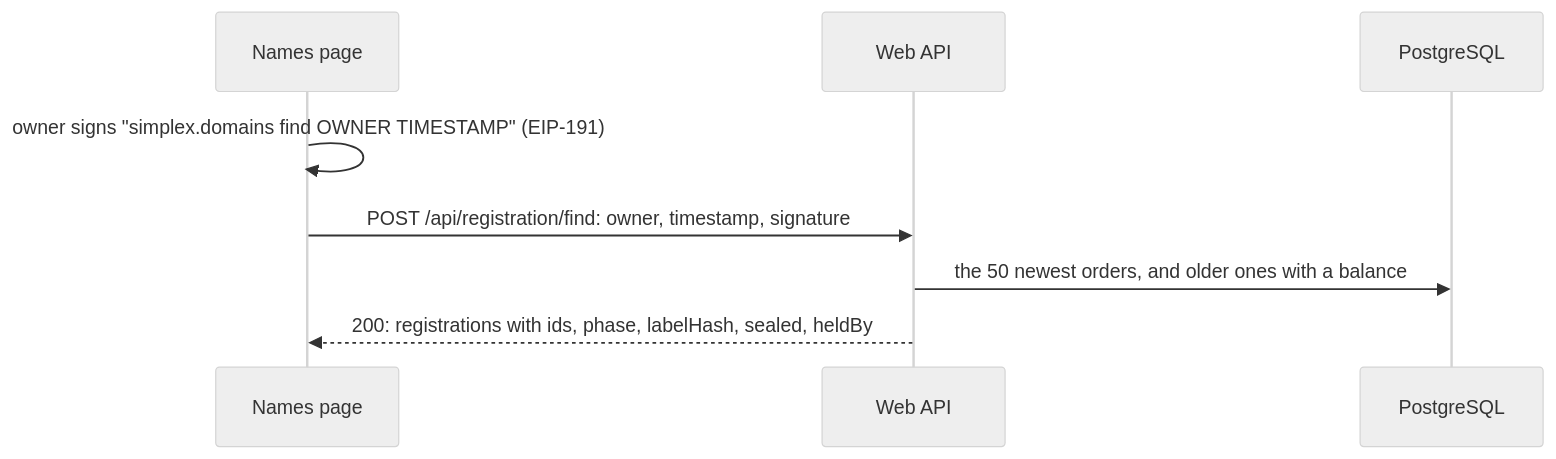
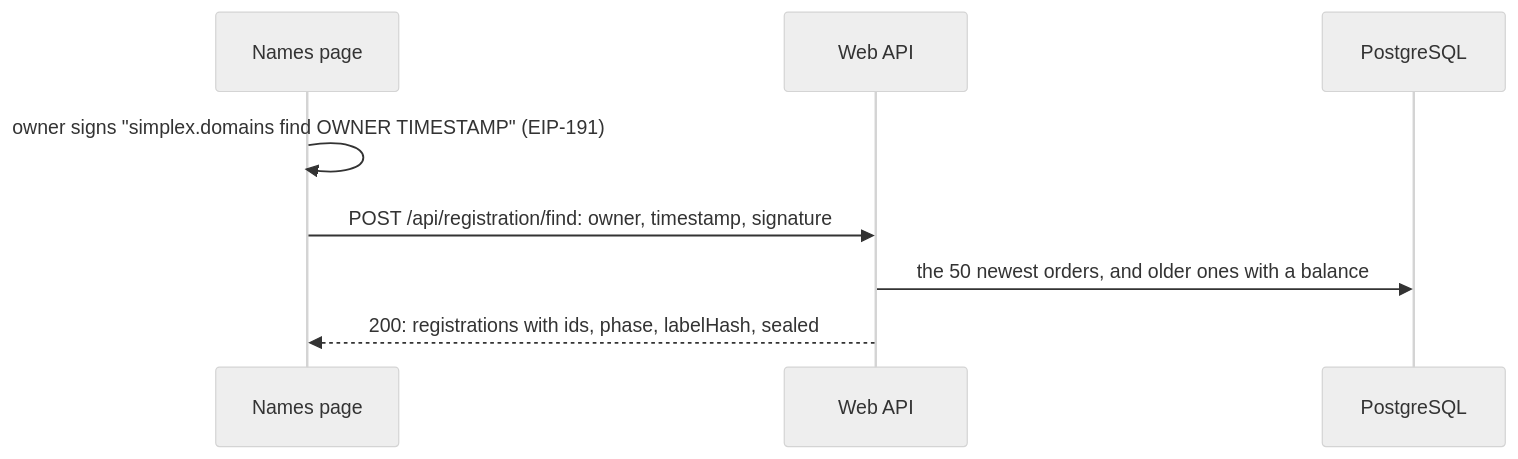
One commit to simplex-chat/simplex-chat changed the eighth of 15 diagrams in apps/simplex-store-service/docs/names.md. Above: the diagram before and after it, drawn with Mermaid (neutral theme). The commit also changed other lines of this file and 39 other files, not shown here.

````diff
--- a/apps/simplex-store-service/docs/names.md
+++ b/apps/simplex-store-service/docs/names.md
@@ -446,10 +445,10 @@
 ```mermaid
 sequenceDiagram
   participant P as Names page
   participant W as Web API
   participant D as PostgreSQL
   P->>P: owner signs "simplex.domains find OWNER TIMESTAMP" (EIP-191)
   P->>W: POST /api/registration/find: owner, timestamp, signature
   W->>D: the 50 newest orders, and older ones with a balance
-  W-->>P: 200: registrations with ids, phase, labelHash, sealed, heldBy
+  W-->>P: 200: registrations with ids, phase, labelHash, sealed
 ```
````
